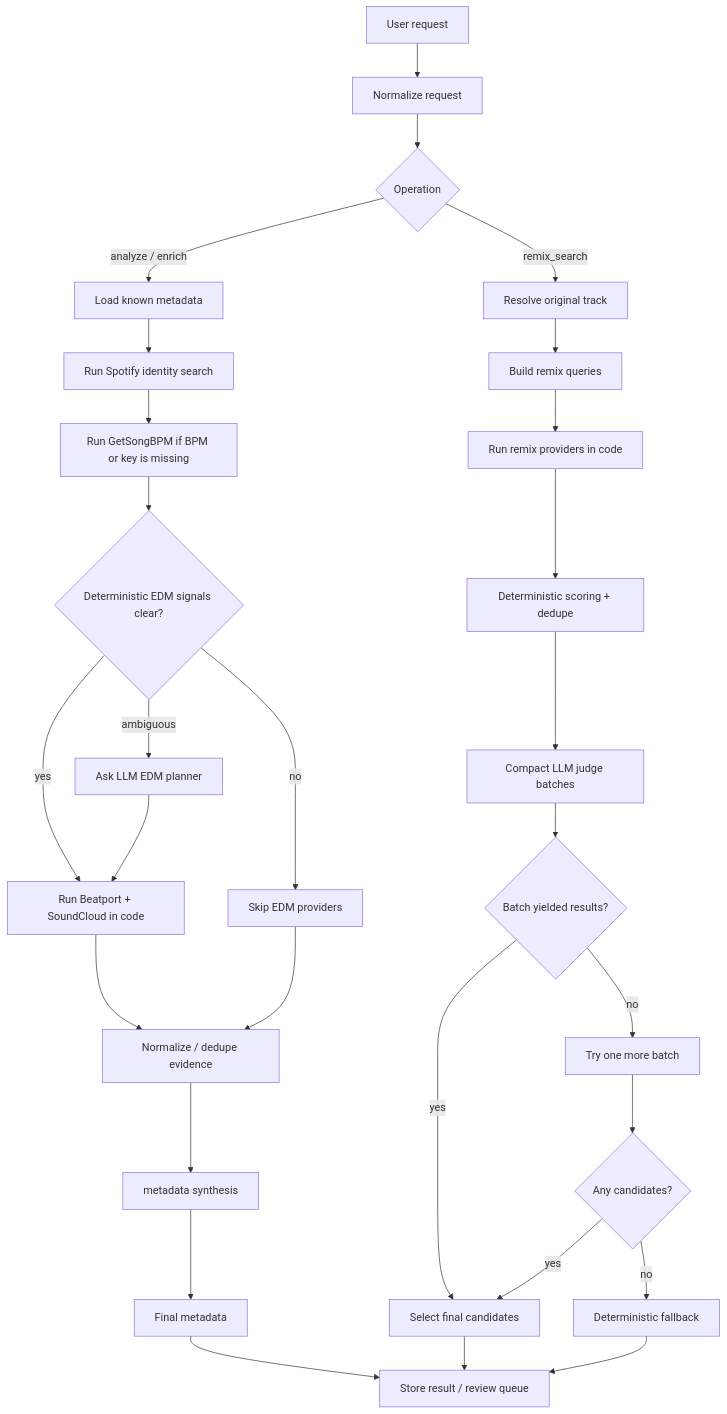
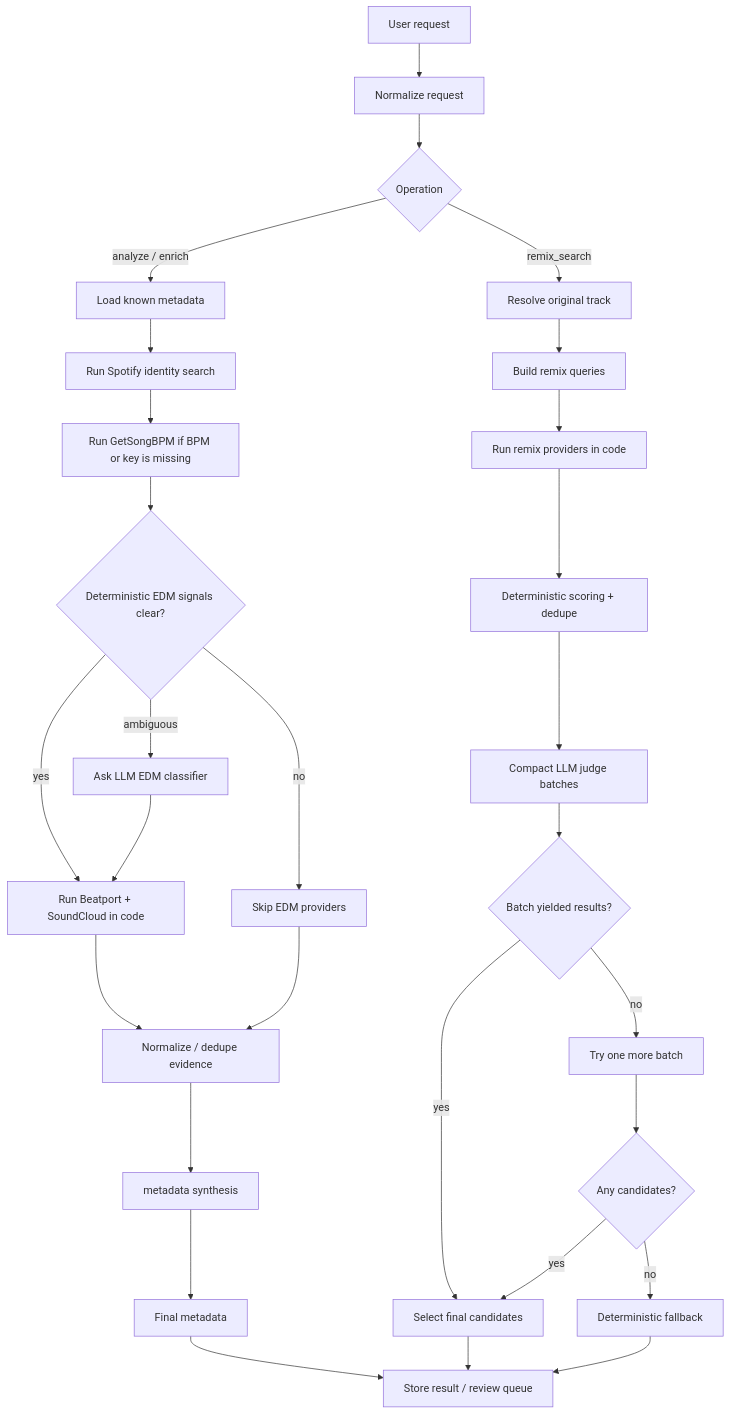
One commit to itaisinai/track-lab changed the diagram in README.md. Above: the diagram before and after it, drawn with Mermaid.

````diff
--- a/README.md
+++ b/README.md
@@ -30,34 +30,34 @@
 ```mermaid
 flowchart TD
   A[User request] --> B[Normalize request]
   B --> C{Operation}
 
   C -->|analyze / enrich| D[Load known metadata]
   D --> E[Run Spotify identity search]
   E --> F[Run GetSongBPM if BPM or key is missing]
   F --> G{Deterministic EDM signals clear?}
   G -->|yes| H[Run Beatport + SoundCloud in code]
   G -->|no| I[Skip EDM providers]
-  G -->|ambiguous| J[Ask LLM EDM planner]
+  G -->|ambiguous| J[Ask LLM EDM classifier]
   J --> H
   H --> K[Normalize / dedupe evidence]
   I --> K
   K --> L[metadata synthesis]
   L --> M[Final metadata]
 
   C -->|remix_search| N[Resolve original track]
   N --> O[Build remix queries]
   O --> P[Run remix providers in code]
   P --> Q[Deterministic scoring + dedupe]
   Q --> R[Compact LLM judge batches]
   R --> S{Batch yielded results?}
   S -->|yes| T[Select final candidates]
   S -->|no| U[Try one more batch]
   U --> V{Any candidates?}
   V -->|yes| T
   V -->|no| W[Deterministic fallback]
 
   M --> X[Store result / review queue]
   T --> X
   W --> X
 ```
````
